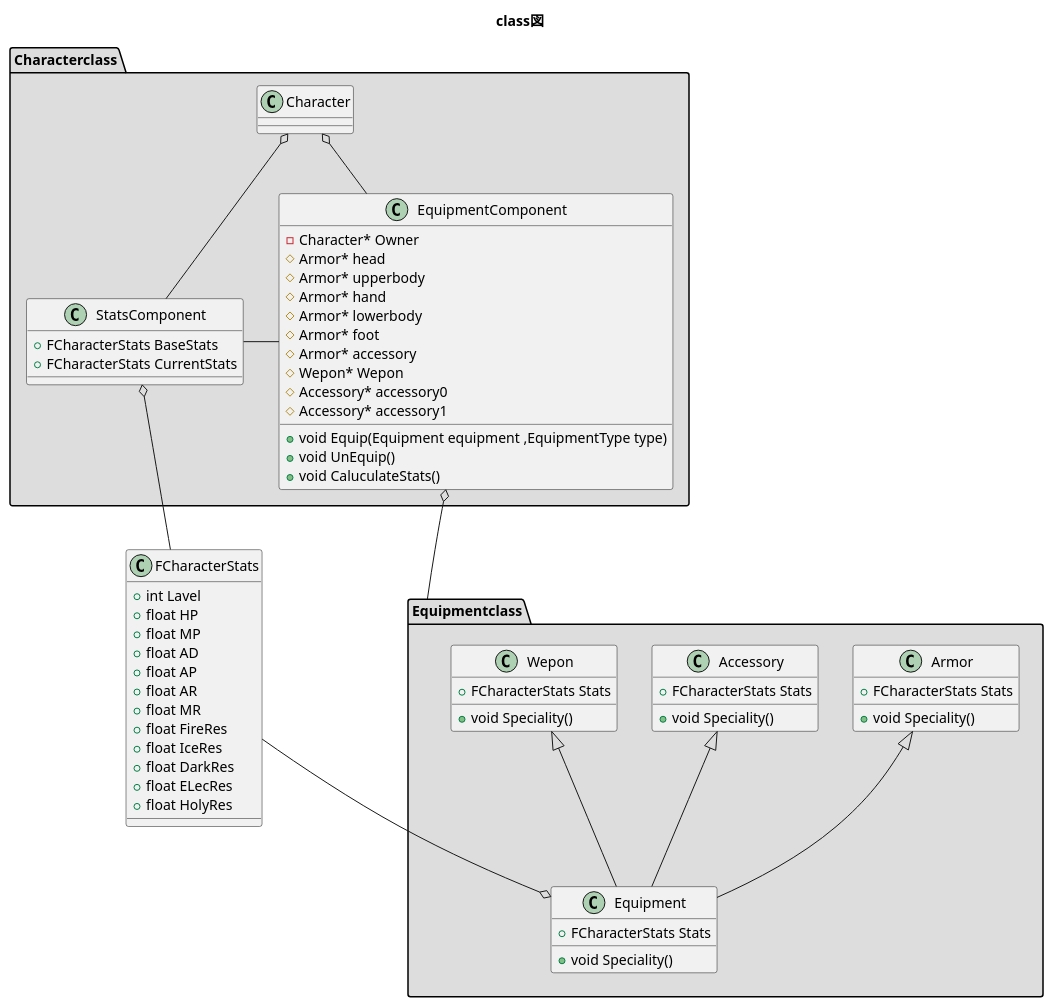
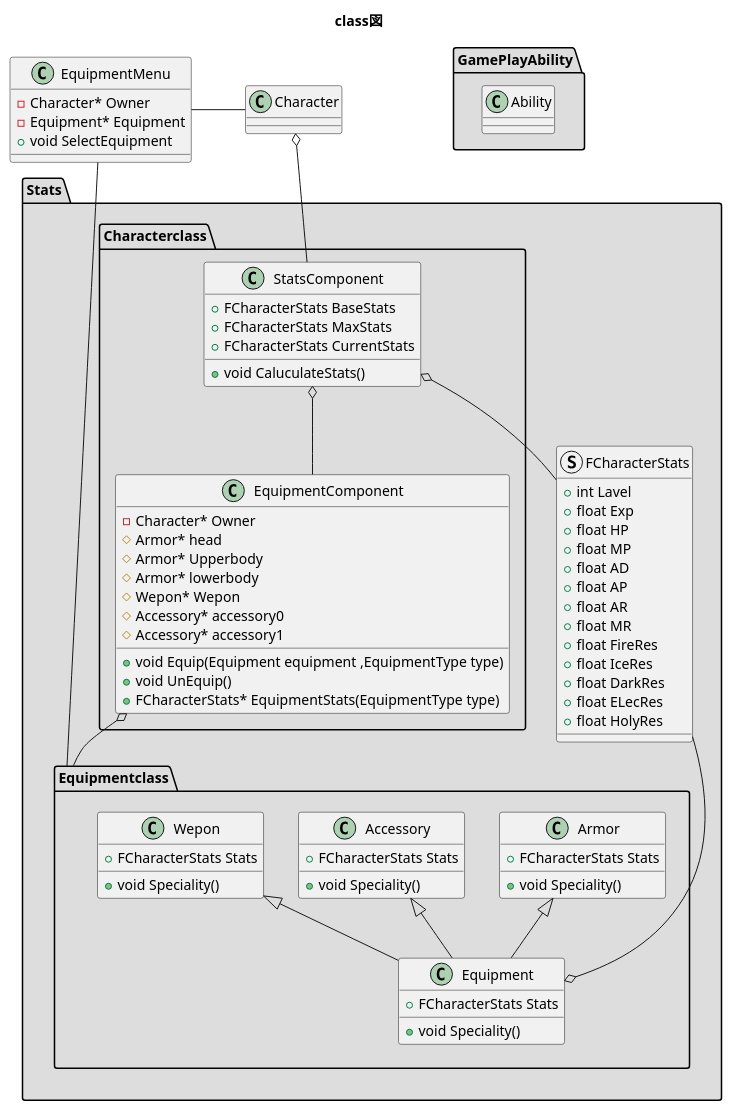
Before and after one commit to shutouyusei/UML: the diagram in MsgicLibrary/MagicLibraryClass.pu, drawn with PlantUML.

Commit message:
[Add]StatsComponent

```diff
--- a/MsgicLibrary/MagicLibraryClass.pu
+++ b/MsgicLibrary/MagicLibraryClass.pu
@@ -1,80 +1,97 @@
 @startuml
 title class図
-
-class FCharacterStats
+class EquipmentMenu
 {
-   +int Lavel
-    +float HP
-    +float MP
-    +float AD
-    +float AP
-    +float AR
-    +float MR
-    +float FireRes
-    +float IceRes
-    +float DarkRes
-    +float ELecRes
-    +float HolyRes
+    -Character* Owner
+    -Equipment* Equipment
+    +void SelectEquipment
 }
 
+class Character
+{
+}
+EquipmentMenu - Stats.Equipmentclass
+EquipmentMenu - Character
+package Stats #DDDDDD
+{
+    struct FCharacterStats
+    {
+    +int Lavel
+    +float Exp
+        +float HP
+        +float MP
+        +float AD
+        +float AP
+        +float AR
+        +float MR
+        +float FireRes
+        +float IceRes
+        +float DarkRes
+        +float ELecRes
+        +float HolyRes
+    }
 
-package "Equipmentclass" #DDDDDD {
-    class Equipment
-    {   
-    +FCharacterStats Stats
-    +void Speciality()
-    }
-    class Wepon
-    {
+
+    package "Equipmentclass" #DDDDDD {
+        class Equipment
+        {   
         +FCharacterStats Stats
         +void Speciality()
+        }
+        class Wepon
+        {
+            +FCharacterStats Stats
+            +void Speciality()
+        }
+        class Accessory
+        {
+            +FCharacterStats Stats
+            +void Speciality()
+        }
+        class Armor
+        {
+            +FCharacterStats Stats
+            +void Speciality()
+        }
+        Equipment -up-|> Wepon 
+        Equipment -up-|> Accessory
+        Equipment -up-|> Armor
     }
-    class Accessory
+
+    package "Characterclass" #DDDDDD {
+        class StatsComponent
+        {
+            +FCharacterStats BaseStats
+            +FCharacterStats MaxStats
+            +FCharacterStats CurrentStats
+            +void CaluculateStats()
+        }
+        class EquipmentComponent
+        {
+            -Character* Owner
+            #Armor* head
+            #Armor* Upperbody
+            #Armor* lowerbody
+            #Wepon* Wepon
+            #Accessory* accessory0
+            #Accessory* accessory1
+            +void Equip(Equipment equipment ,EquipmentType type)
+            +void UnEquip()
+            +FCharacterStats* EquipmentStats(EquipmentType type)
+        }
+        EquipmentComponent -up-o StatsComponent
+        StatsComponent -up-o Character
+        FCharacterStats -up-o StatsComponent
+        Equipmentclass -up-o EquipmentComponent 
+        FCharacterStats -o Equipment
+    } 
+}
+package GamePlayAbility #DDDDDD
+{
+    class Ability
     {
-        +FCharacterStats Stats
-        +void Speciality()
+        
     }
-    class Armor
-    {
-        +FCharacterStats Stats
-        +void Speciality()
-    }
-    Equipment -up-|> Wepon 
-    Equipment -up-|> Accessory
-    Equipment -up-|> Armor
-}
-
-package "Characterclass" #DDDDDD {
-class Character{
-}
-class StatsComponent
-{
-    +FCharacterStats BaseStats
-    +FCharacterStats CurrentStats
-
-}
-class EquipmentComponent
-{
-    -Character* Owner
-    #Armor* head
-    #Armor* upperbody
-    #Armor* hand
-    #Armor* lowerbody
-    #Armor* foot
-    #Armor* accessory
-    #Wepon* Wepon
-    #Accessory* accessory0
-    #Accessory* accessory1
-    +void Equip(Equipment equipment ,EquipmentType type)
-    +void UnEquip()
-    +void CaluculateStats()
-}
-EquipmentComponent -up-o Character
-StatsComponent -up-o Character
-FCharacterStats -up-o StatsComponent
-StatsComponent -EquipmentComponent
-Equipmentclass -up-o EquipmentComponent 
-FCharacterStats -o Equipment
 }
 
 @enduml
```
